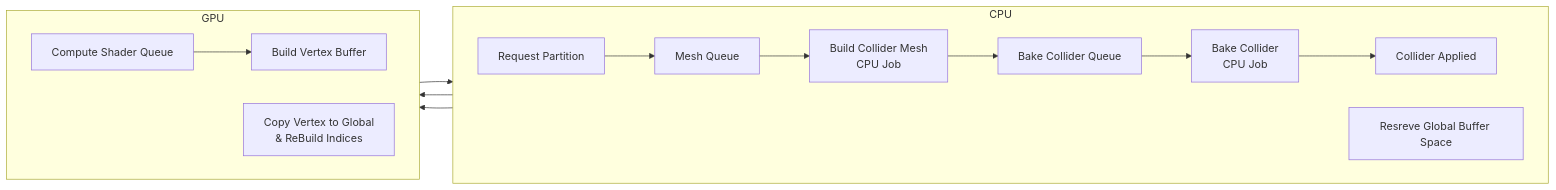
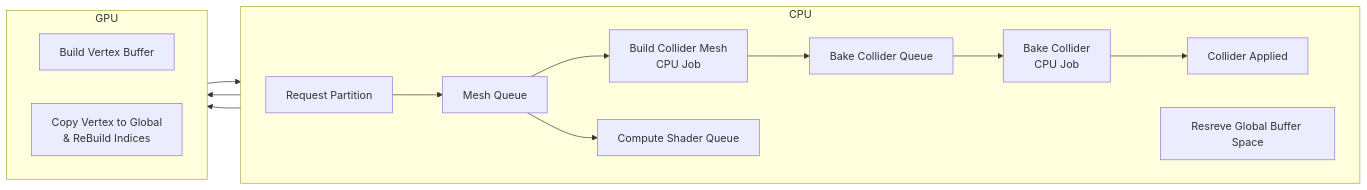
One commit to anilas5235/voxel-game changed the fifth of 6 diagrams in Assets/Engine/Docs/MeshAndRenderPipeline.md. Above: the diagram before and after it, drawn with Mermaid.

Commit message:
fix: more chart fix

````diff
--- a/Assets/Engine/Docs/MeshAndRenderPipeline.md
+++ b/Assets/Engine/Docs/MeshAndRenderPipeline.md
@@ -159,24 +159,25 @@
 ```mermaid
 flowchart LR
 subgraph CPU["CPU"]
     direction LR
     D[Request Partition] --> E[Mesh Queue]
     E --> F[Build Collider Mesh 
     CPU Job]
     F --> H[Bake Collider Queue]
     H --> I[Bake Collider
     CPU Job]
     I --> J[Collider Applied]
 
     K[Resreve Global Buffer Space]
+    B[Compute Shader Queue]
 end
 
 subgraph GPU
     direction LR
-    E --> B[Compute Shader Queue]
+    E --> B
     B --> C[Build Vertex Buffer]
     C --> K
     K --> L[Copy Vertex to Global
     & ReBuild Indices]
 end   
 ```
````
